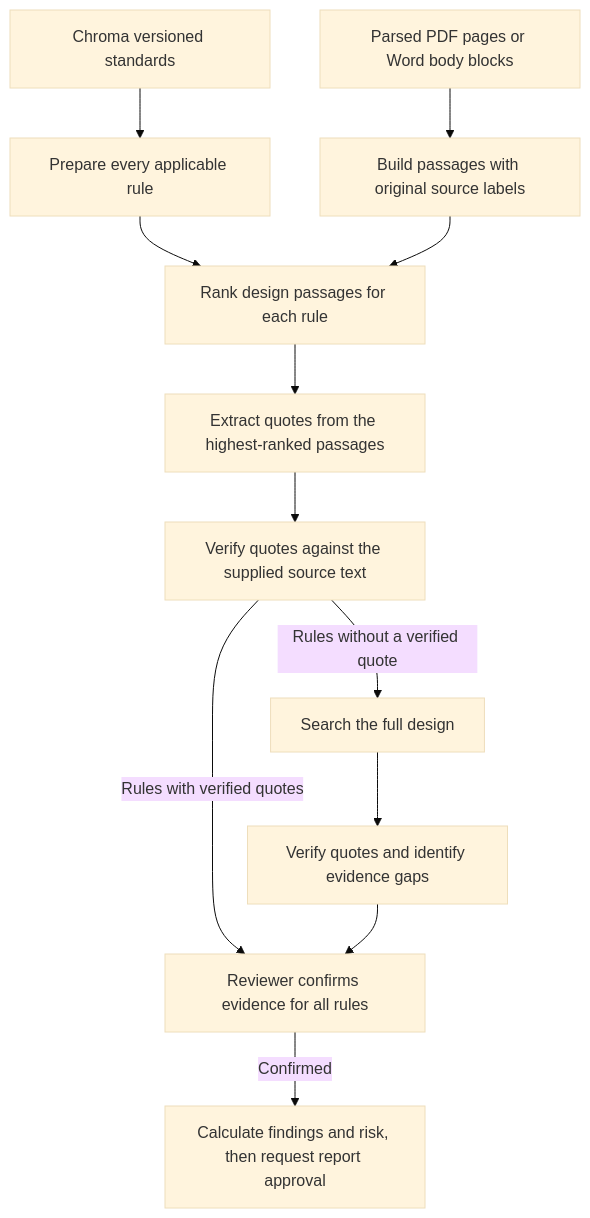
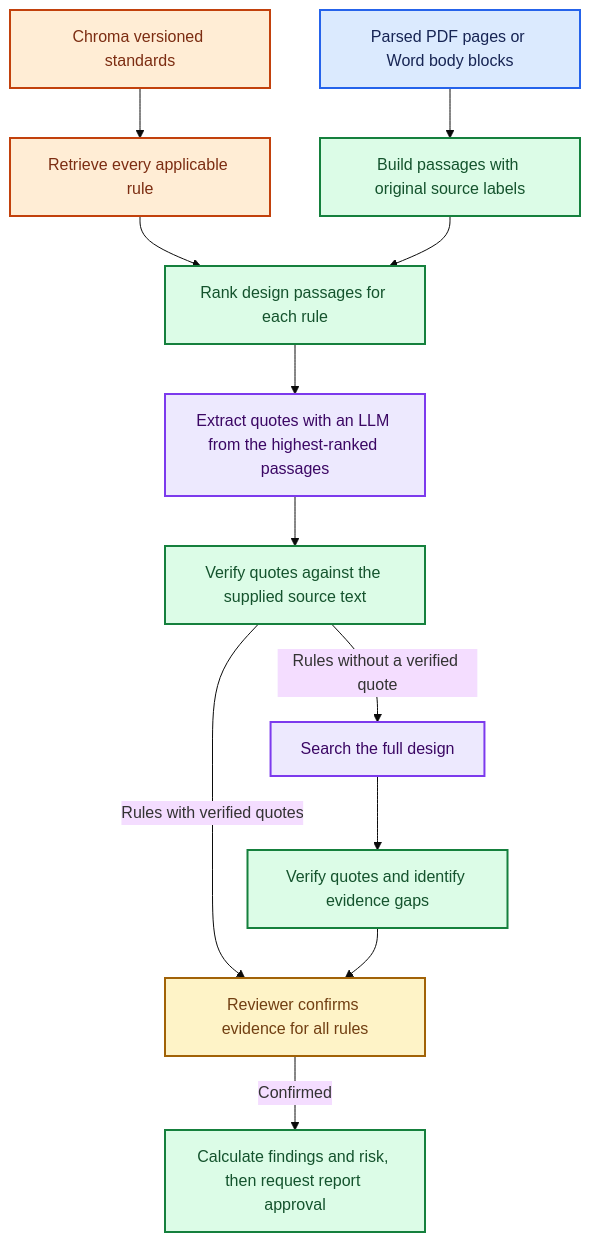
The second of 2 diagrams in ARCHITECTURE.md (girisheduru/archgovasst), drawn with Mermaid (base theme) before and after one commit. The commit also changed other lines of this file and 18 other files, not shown here.

Commit message:
Nodes and architecture changed along with banners and comments

````diff
--- a/ARCHITECTURE.md
+++ b/ARCHITECTURE.md
@@ -13,14 +62,25 @@
 ```mermaid
 flowchart TD
-    Chroma["Chroma versioned standards"] --> Prepare["Prepare every applicable rule"]
+    Chroma["Chroma versioned standards"] --> Prepare["Retrieve every applicable rule"]
     Design["Parsed PDF pages or Word body blocks"] --> Passages["Build passages with original source labels"]
     Prepare --> Rank["Rank design passages for each rule"]
     Passages --> Rank
-    Rank --> Extract["Extract quotes from the highest-ranked passages"]
+    Rank --> Extract["Extract quotes with an LLM from the highest-ranked passages"]
     Extract --> Verify["Verify quotes against the supplied source text"]
     Verify -->|"Rules with verified quotes"| Confirm["Reviewer confirms evidence for all rules"]
     Verify -->|"Rules without a verified quote"| Full["Search the full design"]
     Full --> Final["Verify quotes and identify evidence gaps"]
     Final --> Confirm
     Confirm -->|"Confirmed"| Assess["Calculate findings and risk, then request report approval"]
+
+    classDef store fill:#ffedd5,stroke:#c2410c,color:#7c2d12,stroke-width:2px;
+    class Chroma,Prepare store;
+    classDef user fill:#dbeafe,stroke:#2563eb,color:#172554,stroke-width:2px;
+    class Design user;
+    classDef process fill:#dcfce7,stroke:#15803d,color:#14532d,stroke-width:2px;
+    class Passages,Rank,Verify,Final,Assess process;
+    classDef llm fill:#ede9fe,stroke:#7c3aed,color:#3b0764,stroke-width:2px;
+    class Extract,Full llm;
+    classDef decision fill:#fef3c7,stroke:#a16207,color:#713f12,stroke-width:2px;
+    class Confirm decision;
 ```
````
